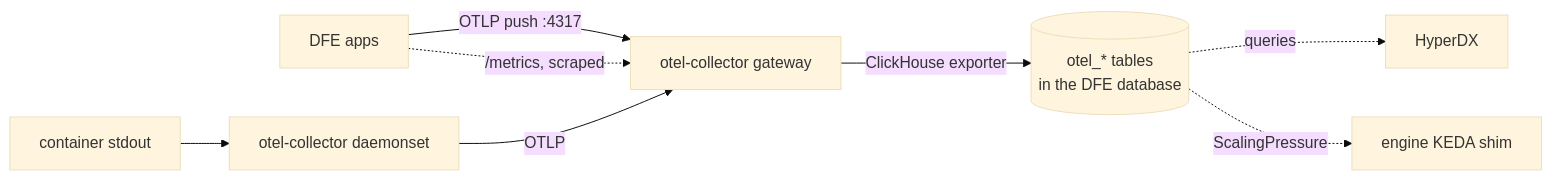
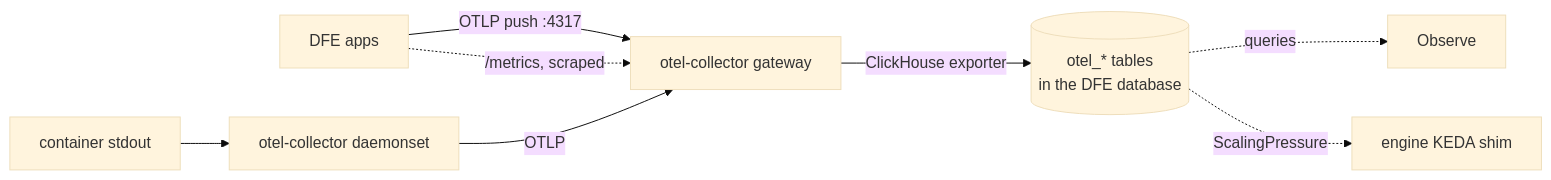
The diagram in docs/deployment/observability-standard.md (hyperi-io/dfe-engine), drawn with Mermaid (base theme) before and after one commit. The commit also changed other lines of this file and 27 other files, not shown here.

````diff
--- a/docs/deployment/observability-standard.md
+++ b/docs/deployment/observability-standard.md
@@ -8,10 +8,10 @@
 ```mermaid
 flowchart LR
     apps["DFE apps"] -->|"OTLP push :4317"| gw["otel-collector gateway"]
     apps -.->|"/metrics, scraped"| gw
     stdout["container stdout"] --> ds["otel-collector daemonset"]
     ds -->|OTLP| gw
     gw -->|"ClickHouse exporter"| ch[("otel_* tables<br/>in the DFE database")]
-    ch -.->|queries| hdx["HyperDX"]
+    ch -.->|queries| hdx["Observe"]
     ch -.->|ScalingPressure| keda["engine KEDA shim"]
 ```
````
